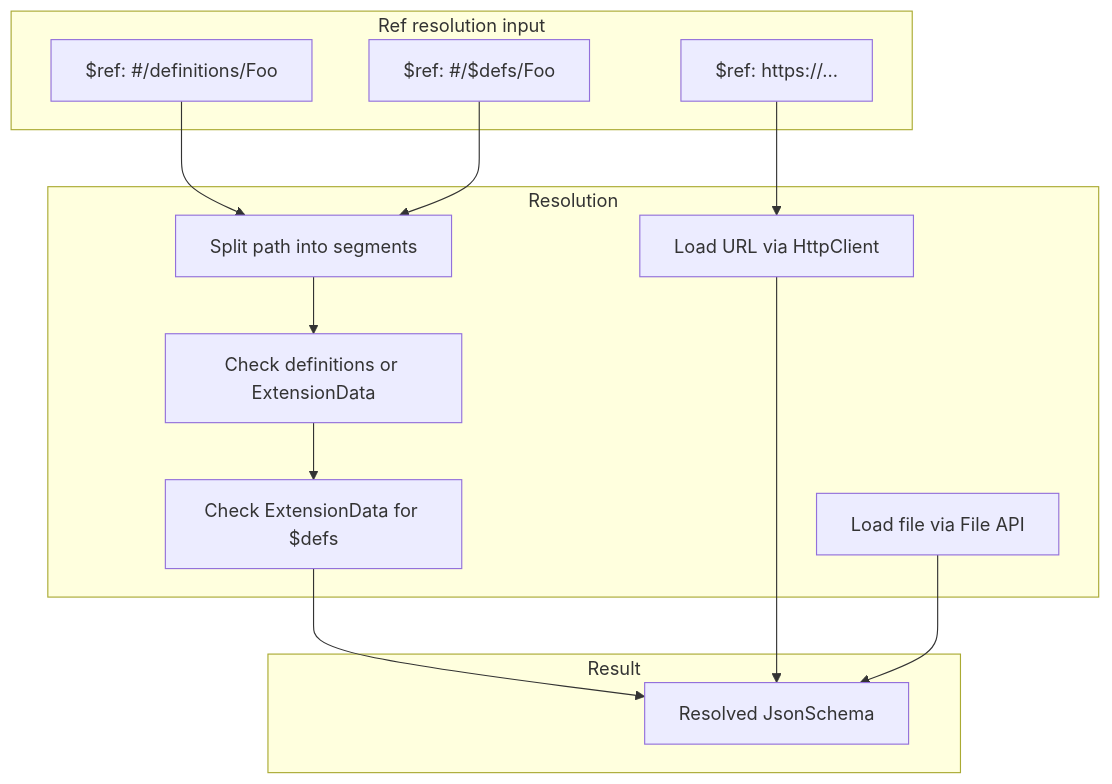
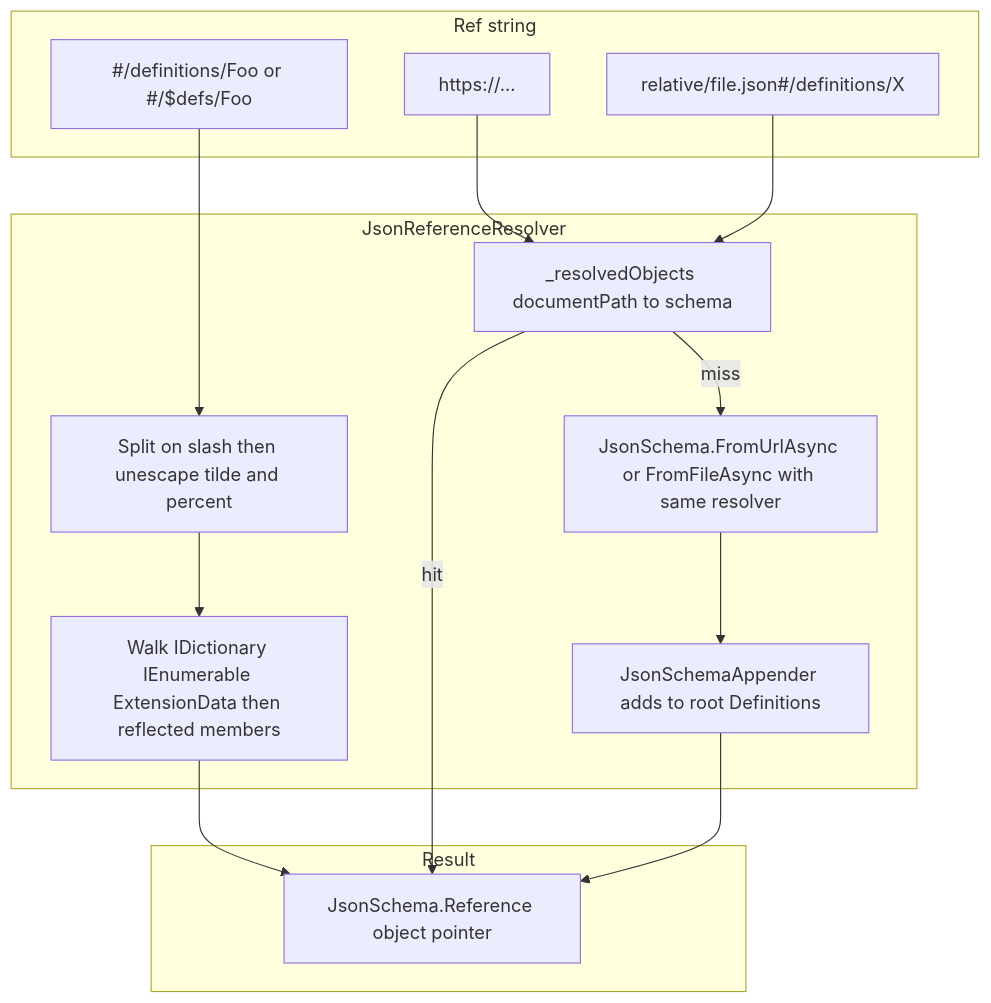
One commit to goddtriffin/json-schema-rs changed the second of 2 diagrams in research/reports/csharp/ricosuter-njsonschema.md. Above: the diagram before and after it, drawn with Mermaid. The commit also changed other lines of this file and 51 other files, not shown here.

````diff
--- a/research/reports/csharp/ricosuter-njsonschema.md
+++ b/research/reports/csharp/ricosuter-njsonschema.md
@@ -137,26 +140,27 @@
 ```mermaid
 flowchart TB
-  subgraph refInput [Ref resolution input]
-    RefExpr["$ref: #/definitions/Foo"]
-    RefDefs["$ref: #/$defs/Foo"]
-    RefUrl["$ref: https://..."]
+  subgraph refInput [Ref string]
+    RefLocal["#/definitions/Foo or #/$defs/Foo"]
+    RefUrl["https://..."]
+    RefFile["relative/file.json#/definitions/X"]
   end
-  subgraph resolve [Resolution]
-    Segments[Split path into segments]
-    CheckDefs[Check definitions or ExtensionData]
-    CheckExt[Check ExtensionData for $defs]
-    LoadUrl[Load URL via HttpClient]
-    LoadFile[Load file via File API]
+  subgraph resolve [JsonReferenceResolver]
+    Segments[Split on slash then unescape tilde and percent]
+    Walk[Walk IDictionary IEnumerable ExtensionData then reflected members]
+    Cache[_resolvedObjects documentPath to schema]
+    Load[JsonSchema.FromUrlAsync or FromFileAsync with same resolver]
+    Append[JsonSchemaAppender adds to root Definitions]
   end
   subgraph result [Result]
-    ResolvedSchema[Resolved JsonSchema]
+    Pointer[JsonSchema.Reference object pointer]
   end
-  RefExpr --> Segments
-  RefDefs --> Segments
-  RefUrl --> LoadUrl
-  Segments --> CheckDefs
-  CheckDefs --> CheckExt
-  CheckExt --> ResolvedSchema
-  LoadUrl --> ResolvedSchema
-  LoadFile --> ResolvedSchema
+  RefLocal --> Segments
+  Segments --> Walk
+  Walk --> Pointer
+  RefUrl --> Cache
+  RefFile --> Cache
+  Cache -->|miss| Load
+  Load --> Append
+  Cache -->|hit| Pointer
+  Append --> Pointer
 ```
````
